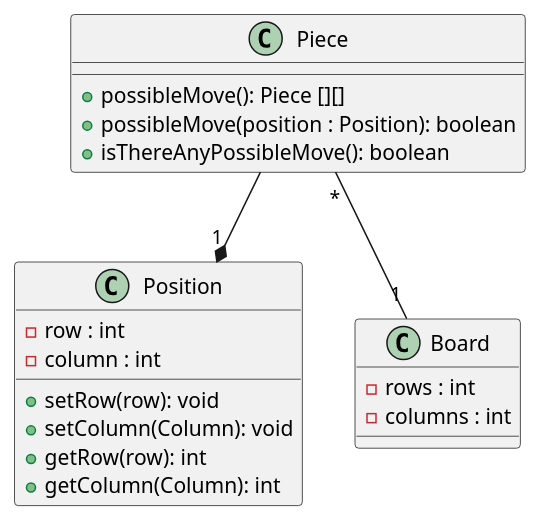
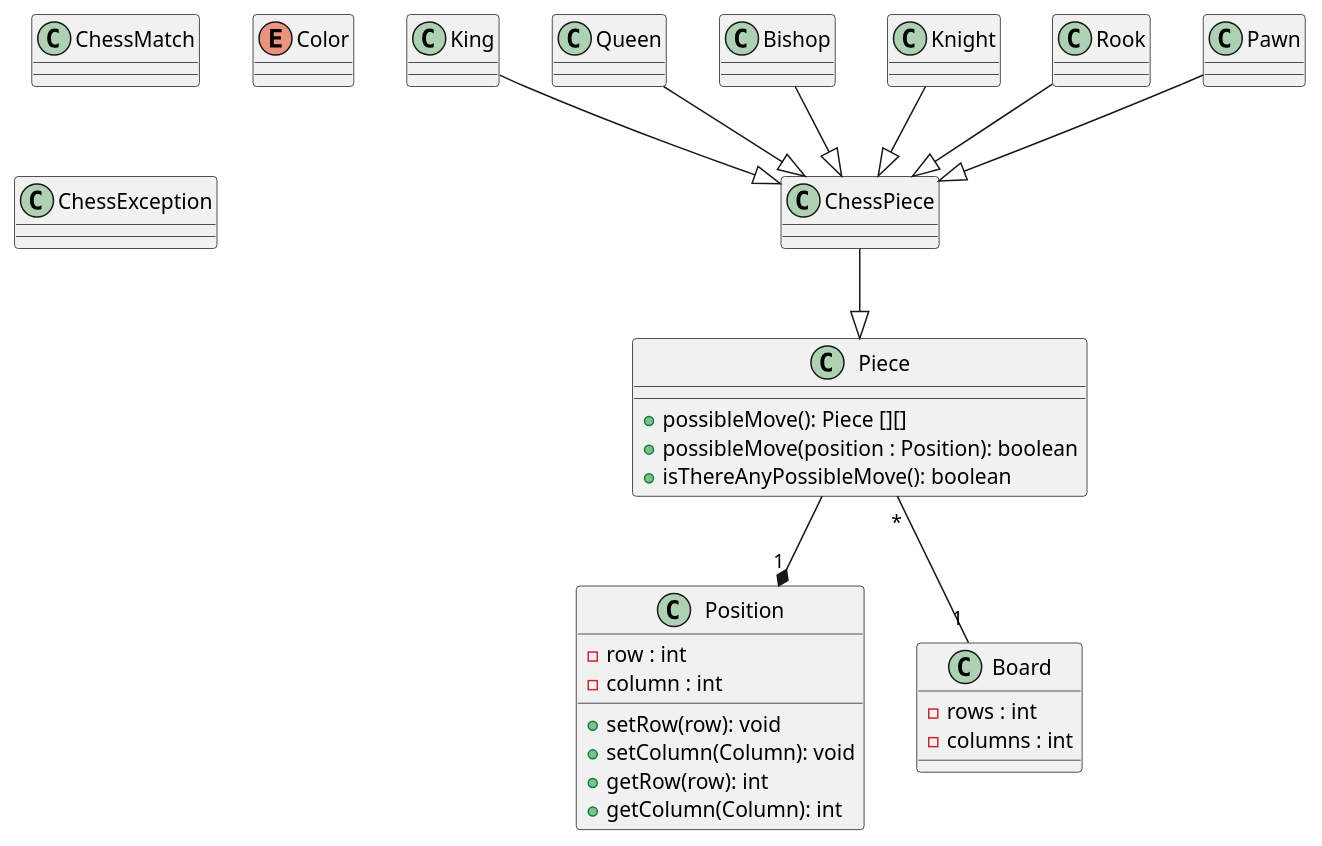
One commit to P3dro-Monteiro/chess changed the diagram in src/docs/Class_Diagram.puml. Above: the diagram before and after it, drawn with PlantUML. The commit also changed 5 other files, not shown here.

```diff
--- a/src/docs/Class_Diagram.puml
+++ b/src/docs/Class_Diagram.puml
@@ -1,29 +1,52 @@
 @startuml
 
 class Position {
     - row : int
     - column : int
     
     + setRow(row): void
     + setColumn(Column): void
     + getRow(row): int
     + getColumn(Column): int
 }
 
 class Piece {
     + possibleMove(): Piece [][]
     + possibleMove(position : Position): boolean
     + isThereAnyPossibleMove(): boolean
 }
 
 class Board {
     - rows : int
     - columns : int
 }
 
+class ChessMatch {}
+
+class ChessPiece {}
+
+class King {}
+class Queen {}
+class Bishop {}
+class Knight {}
+class Rook {}
+class Pawn {}
+
+enum Color {}
+
+class ChessException {}
+
 Piece --* "1" Position
 Piece "*" -- "1" Board
 
+ChessPiece --|> Piece
+
+King --|> ChessPiece
+Queen --|> ChessPiece
+Bishop --|> ChessPiece
+Knight --|> ChessPiece
+Rook --|> ChessPiece
+Pawn --|> ChessPiece
 
 
 @enduml
```
